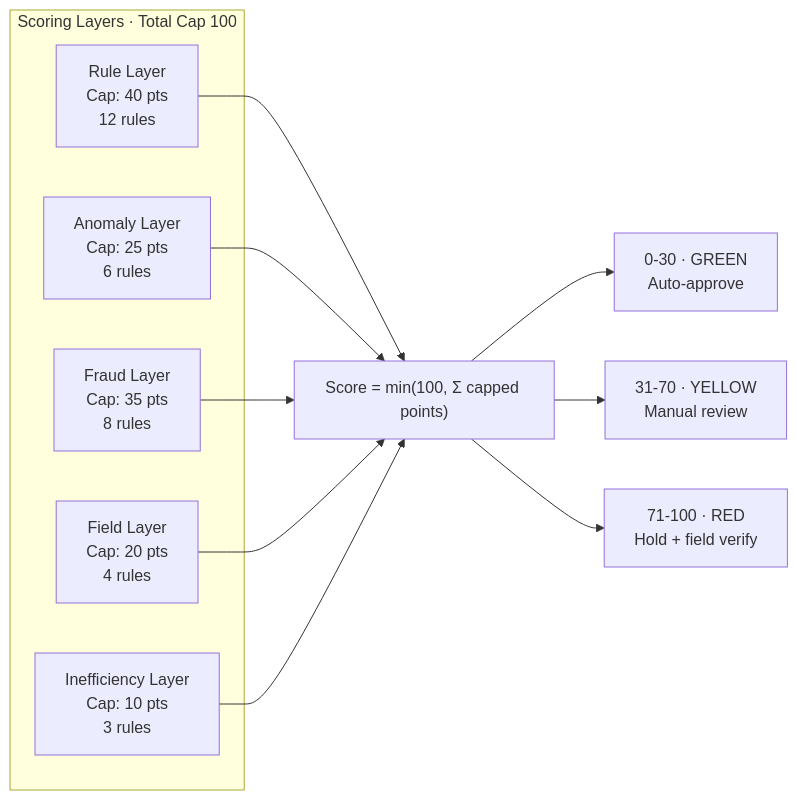
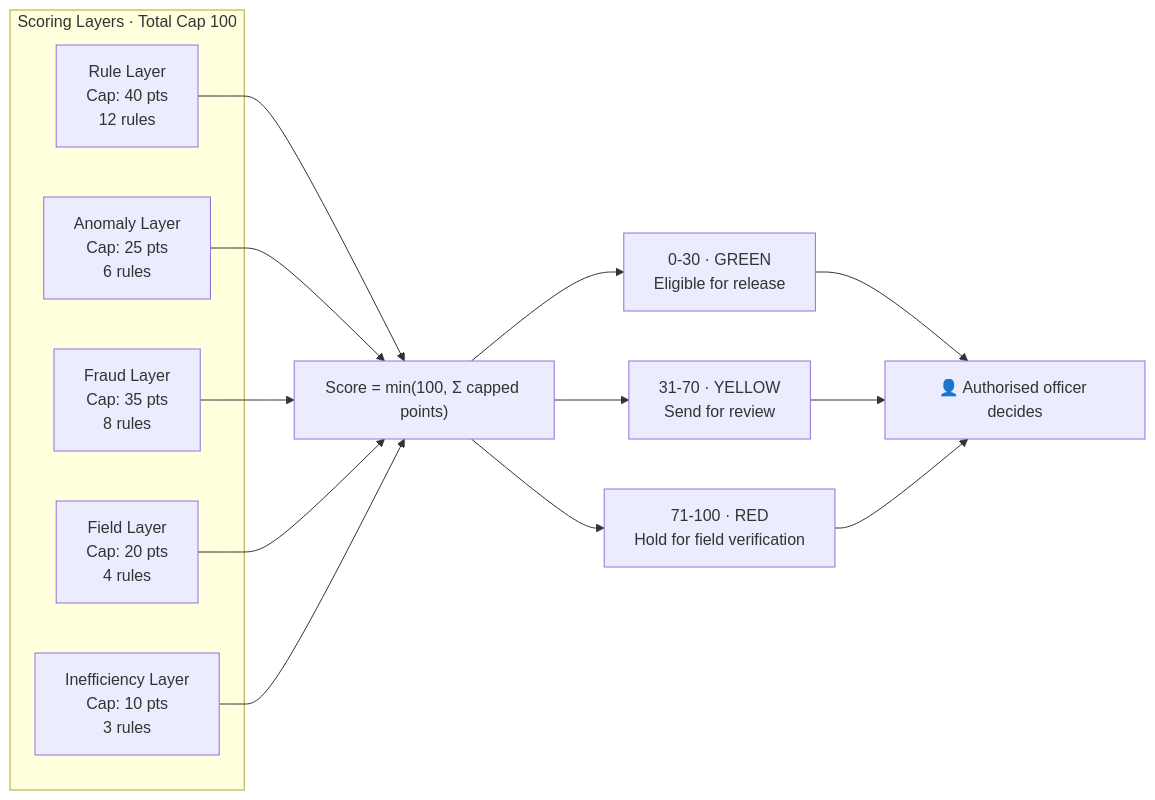
The second of 5 diagrams in README.md (utkarsh684/MPLAD-SATYA), drawn with Mermaid before and after one commit. The commit also changed other lines of this file, not shown here.

````diff
--- a/README.md
+++ b/README.md
@@ -98,20 +175,24 @@
 ```mermaid
 graph LR
     subgraph Layers["Scoring Layers · Total Cap 100"]
         R["Rule Layer<br/>Cap: 40 pts<br/>12 rules"]
         A["Anomaly Layer<br/>Cap: 25 pts<br/>6 rules"]
         F["Fraud Layer<br/>Cap: 35 pts<br/>8 rules"]
         FI["Field Layer<br/>Cap: 20 pts<br/>4 rules"]
         I["Inefficiency Layer<br/>Cap: 10 pts<br/>3 rules"]
     end
 
     R --> SC["Score = min(100, Σ capped points)"]
     A --> SC
     F --> SC
     FI --> SC
     I --> SC
 
-    SC --> B1["0-30 · GREEN<br/>Auto-approve"]
-    SC --> B2["31-70 · YELLOW<br/>Manual review"]
-    SC --> B3["71-100 · RED<br/>Hold + field verify"]
+    SC --> B1["0-30 · GREEN<br/>Eligible for release"]
+    SC --> B2["31-70 · YELLOW<br/>Send for review"]
+    SC --> B3["71-100 · RED<br/>Hold for field verification"]
+
+    B1 --> H["👤 Authorised officer decides"]
+    B2 --> H
+    B3 --> H
 ```
````
